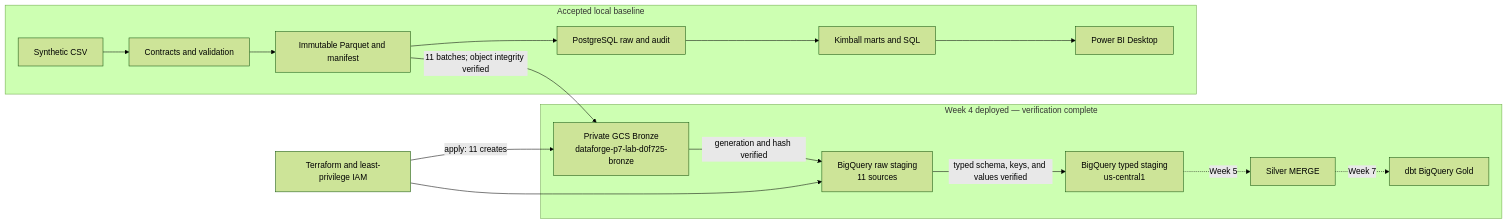
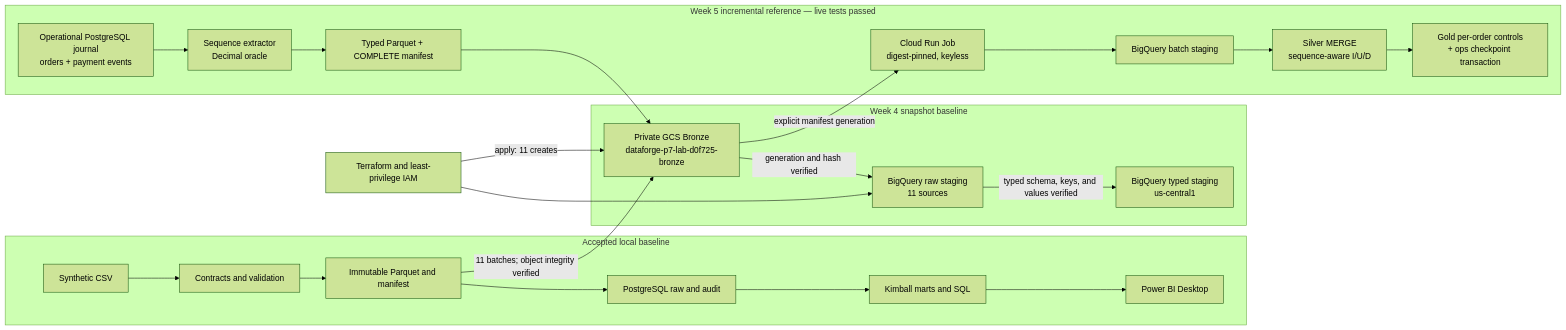
One commit to Dat071104/dataforge-commerce-platform changed the diagram in README.md. Above: the diagram before and after it, drawn with Mermaid (forest theme). The commit also changed other lines of this file and 61 other files, not shown here.

Commit message:
feat: implement DataForge Week 5 incremental pipeline

```diff
--- a/README.md
+++ b/README.md
@@ -21,19 +22,26 @@
 ~~~mermaid
 flowchart LR
   subgraph Local["Accepted local baseline"]
     A[Synthetic CSV] --> B[Contracts and validation]
     B --> C[Immutable Parquet and manifest]
     C --> D[PostgreSQL raw and audit]
     D --> E[Kimball marts and SQL]
     E --> F[Power BI Desktop]
   end
-  subgraph Cloud["Week 4 deployed — verification complete"]
+  subgraph Cloud["Week 4 snapshot baseline"]
     C -->|11 batches; object integrity verified| G["Private GCS Bronze<br/>dataforge-p7-lab-d0f725-bronze"]
     G -->|generation and hash verified| H["BigQuery raw staging<br/>11 sources"]
     H -->|typed schema, keys, and values verified| I["BigQuery typed staging<br/>us-central1"]
-    I -. Week 5 .-> J[Silver MERGE]
-    J -. Week 7 .-> K[dbt BigQuery Gold]
   end
-  T[Terraform and least-privilege IAM] -->|apply: 11 creates| G
-  T --> H
+  subgraph Week5["Week 5 incremental reference — live tests passed"]
+    O["Operational PostgreSQL journal<br/>orders + payment events"] --> P["Sequence extractor<br/>Decimal oracle"]
+    P --> Q["Typed Parquet + COMPLETE manifest"]
+    Q --> G
+    G -->|explicit manifest generation| R["Cloud Run Job<br/>digest-pinned, keyless"]
+    R --> S["BigQuery batch staging"]
+    S --> T["Silver MERGE<br/>sequence-aware I/U/D"]
+    T --> U["Gold per-order controls<br/>+ ops checkpoint transaction"]
+  end
+  TF[Terraform and least-privilege IAM] -->|apply: 11 creates| G
+  TF --> H
 ~~~
```
